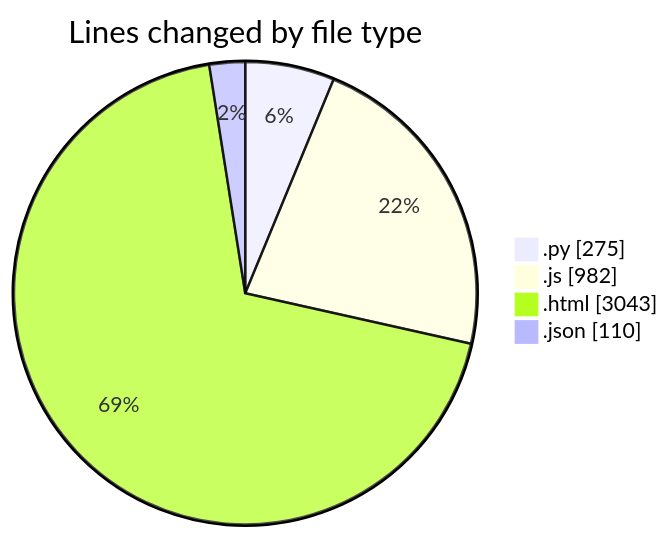
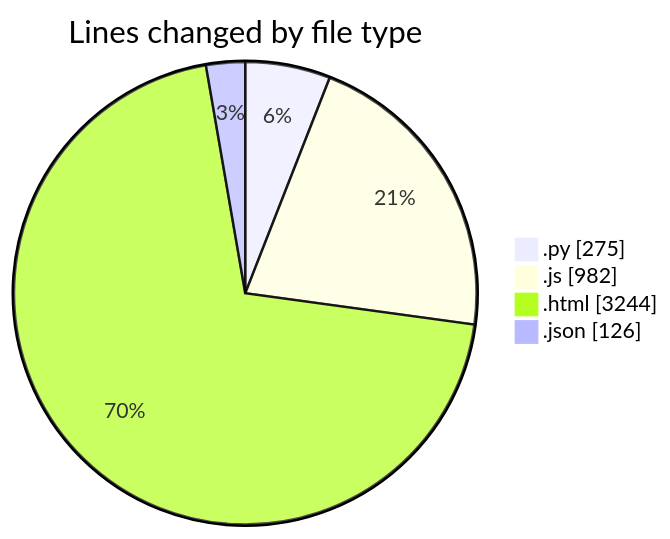
One commit to shibass792/code-tracking changed the first of 2 diagrams in 2026-07-09/twenty_versions_aminor/README.md. Above: the diagram before and after it, drawn with Mermaid. The commit also changed other lines of this file and 1 other file, not shown here.

````diff
--- a/2026-07-09/twenty_versions_aminor/README.md
+++ b/2026-07-09/twenty_versions_aminor/README.md
@@ -28,8 +30,8 @@
 ```mermaid
 pie showData
 title Lines changed by file type
 ".py" : 275
 ".js" : 982
-".html" : 3043
-".json" : 110
+".html" : 3244
+".json" : 126
 ```
````
